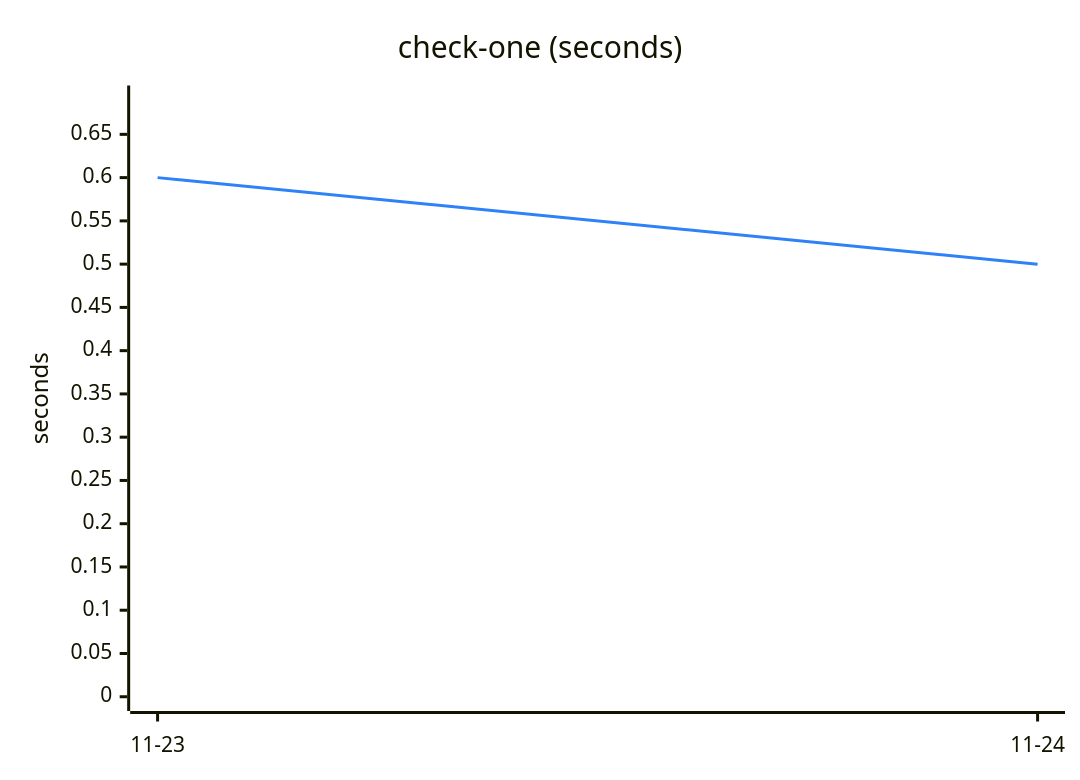
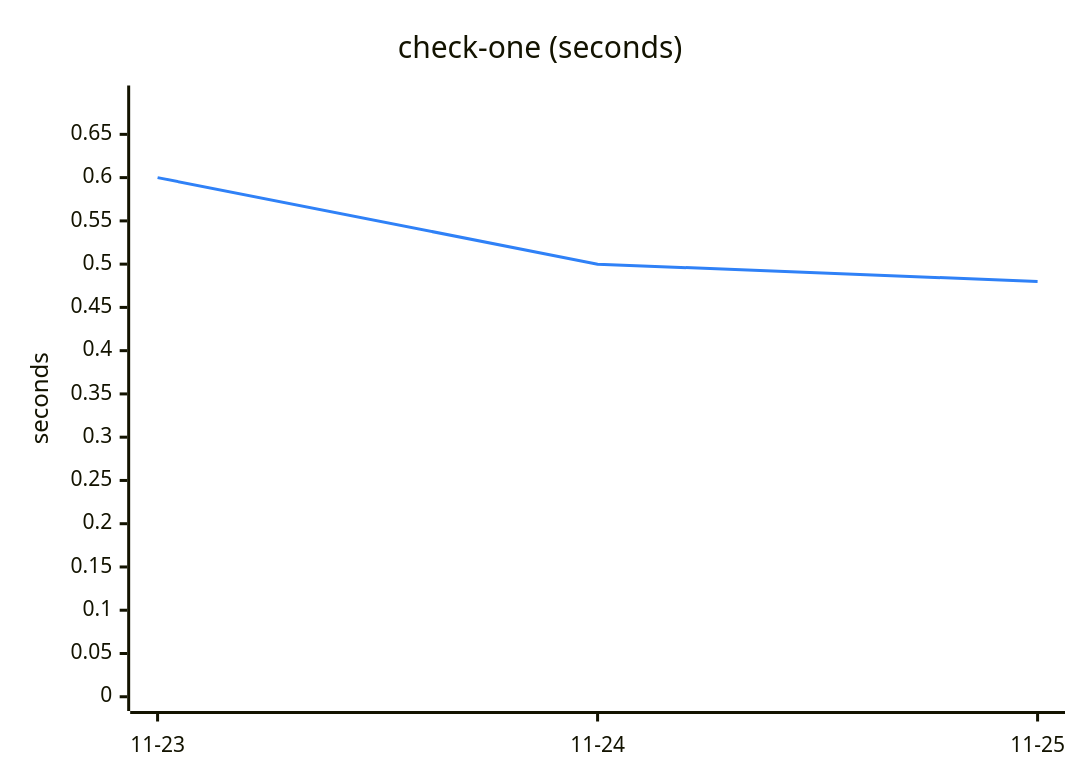
The fourth of 6 diagrams in TREND.md (engalar/mxcli), drawn with Mermaid before and after one commit. The commit also changed other lines of this file and 2 other files, not shown here.

````diff
--- a/TREND.md
+++ b/TREND.md
@@ -97,13 +97,13 @@
 ```mermaid
 ---
 config:
   themeVariables:
     xyChart:
       plotColorPalette: "#2f81f7"
 ---
 xychart-beta
     title "check-one (seconds)"
-    x-axis ["11-23", "11-24"]
+    x-axis ["11-23", "11-24", "11-25"]
     y-axis "seconds" 0 --> 0.69
-    line [0.60, 0.50]
+    line [0.60, 0.50, 0.48]
 ```
````
